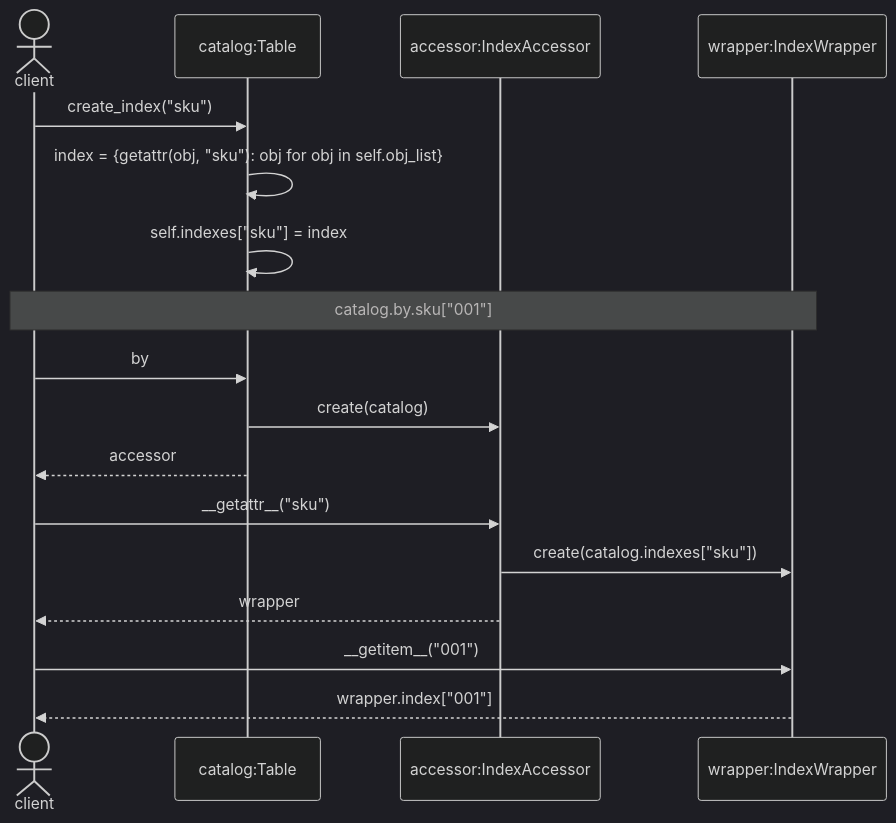
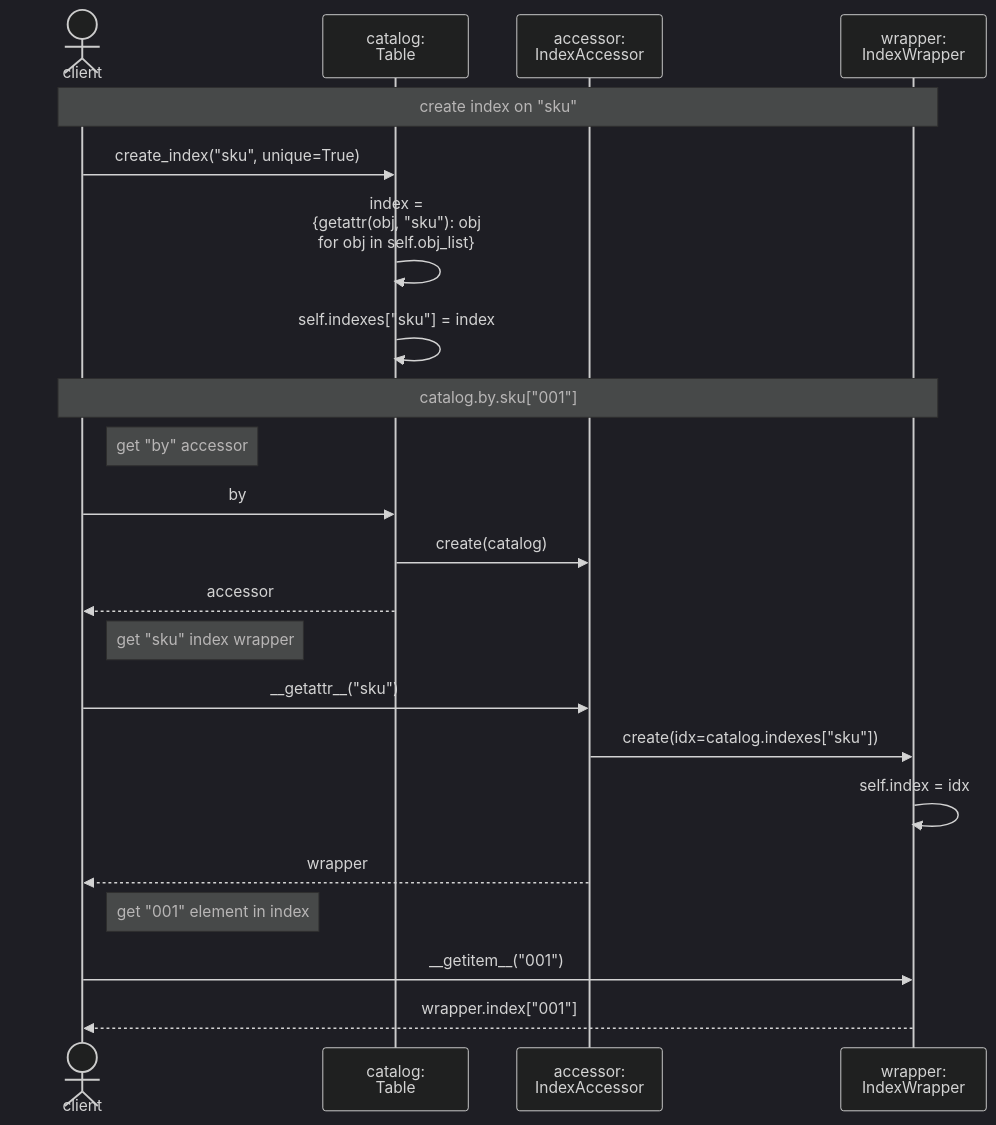
The second of 2 diagrams in docs/accessor_pattern_diagrams.md (ptmcg/littletable), drawn with Mermaid (dark theme) before and after one commit.

Commit message:
Updated sequence diagram of accessor_pattern_diagrams.md: added notes and some line breaks for nicer note and element formatting

````diff
--- a/docs/accessor_pattern_diagrams.md
+++ b/docs/accessor_pattern_diagrams.md
@@ -30,25 +30,32 @@
 ```mermaid
 sequenceDiagram
-    actor client
-    participant tbl as catalog:Table
-    participant acc as accessor:IndexAccessor
-    participant w as wrapper:IndexWrapper
+    actor client as client<br>
+    participant tbl as catalog:<br>Table
+    participant acc as accessor:<br>IndexAccessor
+    participant w as wrapper:<br>IndexWrapper
 
-    client ->> tbl: create_index("sku")
-    tbl ->> tbl: index = {getattr(obj, "sku"): obj for obj in self.obj_list}
+    note over client,w: create index on "sku"
+
+    client ->> tbl: create_index("sku", unique=True)
+    tbl ->> tbl: index = <br>{getattr(obj, "sku"): obj<br>for obj in self.obj_list}
     tbl ->> tbl: self.indexes["sku"] = index
+
 
     note over client,w: catalog.by.sku["001"]
 
+    note right of client: get "by" accessor
     client ->> tbl: by
     tbl ->> acc: create(catalog)
     tbl -->> client: accessor
 
+    note right of client: get "sku" index wrapper
     client ->> acc: __getattr__("sku")
-    acc ->> w: create(catalog.indexes["sku"])
+    acc ->> w: create(idx=catalog.indexes["sku"])
+    w ->> w: self.index = idx
     acc -->> client: wrapper
 
+    note right of client: get "001" element in index
     client ->> w: __getitem__("001")
     w -->> client: wrapper.index["001"]
 
 ```
````
